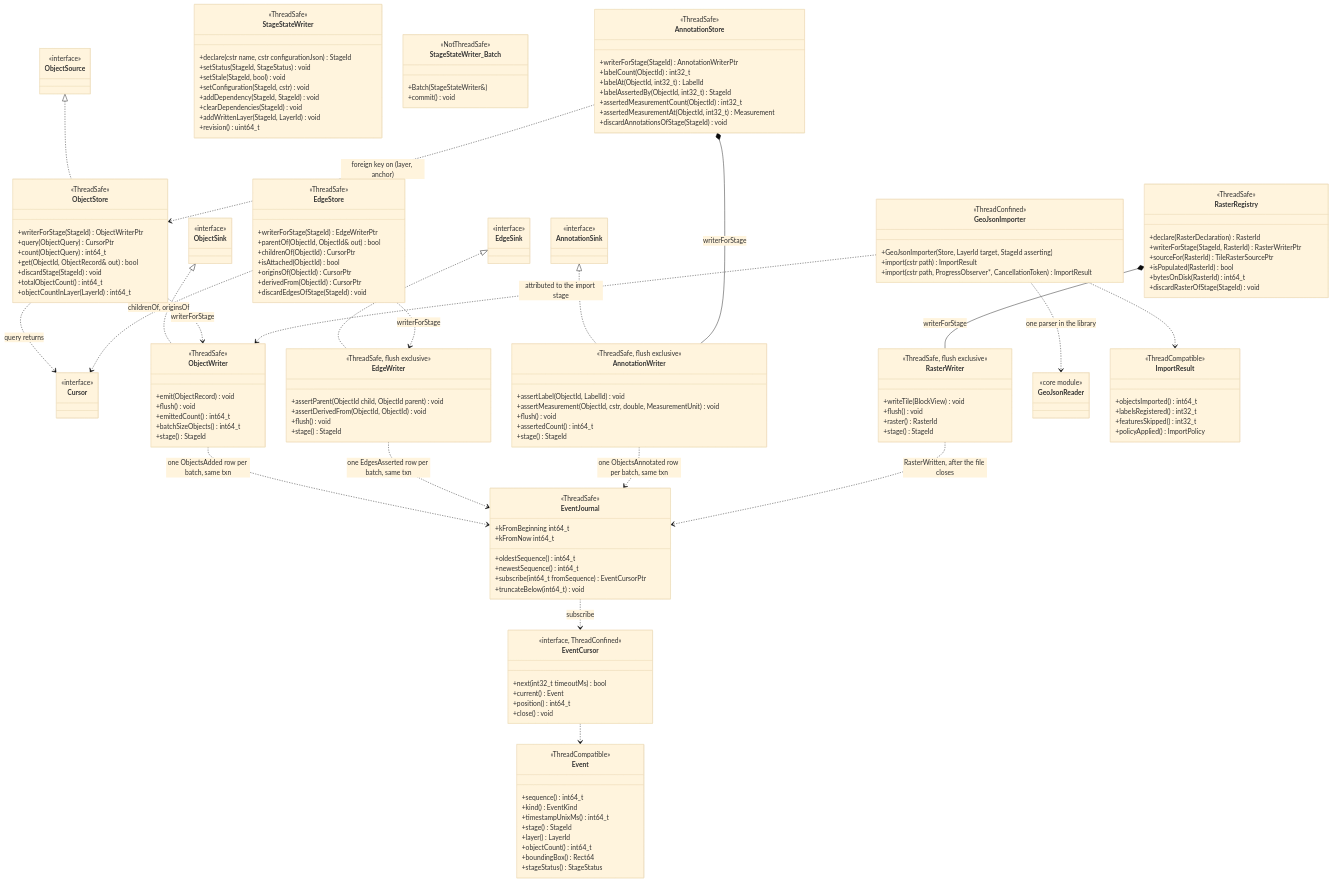
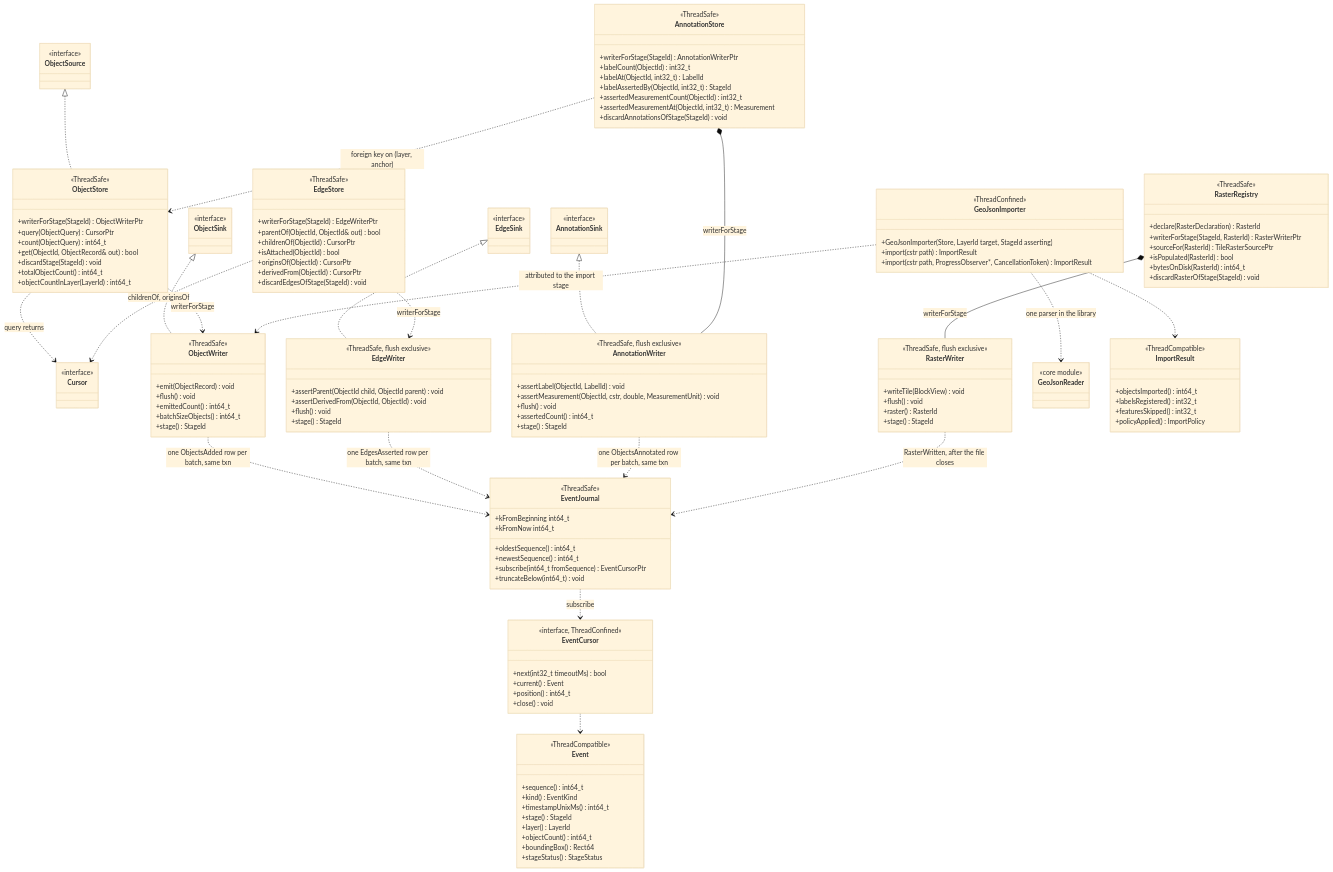
Before and after one commit to Booritas/slideio-processor: the eighth of 14 diagrams in docs/superpowers/specs/sds/08-class-diagrams.md, drawn with Mermaid (base theme). The commit also changed other lines of this file and 7 other files, not shown here.

```diff
--- a/docs/superpowers/specs/sds/08-class-diagrams.md
+++ b/docs/superpowers/specs/sds/08-class-diagrams.md
@@ -844,25 +844,6 @@
     }
     class Cursor {
         <<interface>>
-    }
-
-
-    class StageStateWriter {
-        <<ThreadSafe>>
-        +declare(cstr name, cstr configurationJson) StageId
-        +setStatus(StageId, StageStatus) void
-        +setStale(StageId, bool) void
-        +setConfiguration(StageId, cstr) void
-        +addDependency(StageId, StageId) void
-        +clearDependencies(StageId) void
-        +addWrittenLayer(StageId, LayerId) void
-        +revision() uint64_t
-    }
-
-    class StageStateWriter_Batch {
-        <<NotThreadSafe>>
-        +Batch(StageStateWriter&)
-        +commit() void
     }
 
     class ObjectStore {
```
